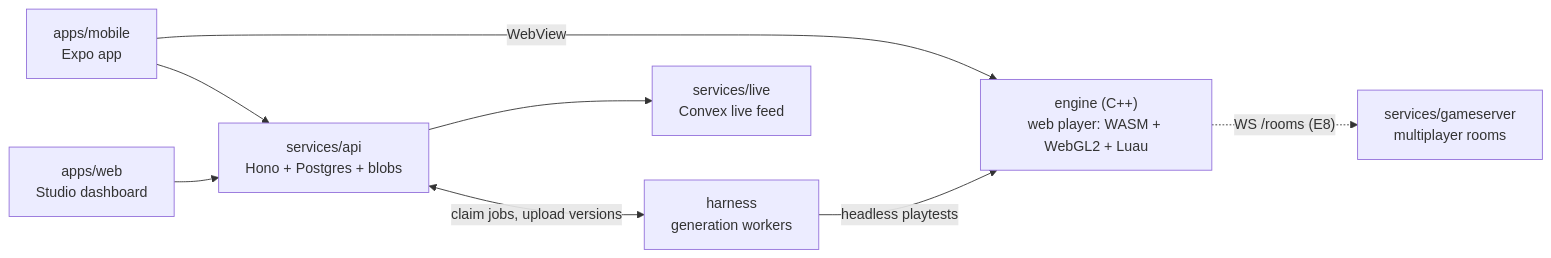
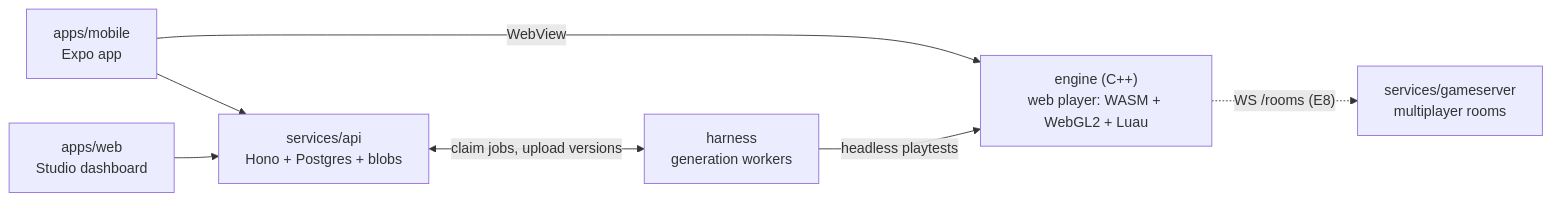
One commit to amansmallest/dreamsy-mono changed the diagram in README.md. Above: the diagram before and after it, drawn with Mermaid. The commit also changed other lines of this file and 225 other files, not shown here.

````diff
--- a/README.md
+++ b/README.md
@@ -9,10 +9,9 @@
 ```mermaid
 flowchart LR
   mobile["apps/mobile<br/>Expo app"] --> api
   web["apps/web<br/>Studio dashboard"] --> api
   api["services/api<br/>Hono + Postgres + blobs"] <-- "claim jobs, upload versions" --> harness["harness<br/>generation workers"]
-  api --> live["services/live<br/>Convex live feed"]
   mobile -- WebView --> engine["engine (C++)<br/>web player: WASM + WebGL2 + Luau"]
   engine -. "WS /rooms (E8)" .-> gs["services/gameserver<br/>multiplayer rooms"]
   harness -- "headless playtests" --> engine
 ```
````
